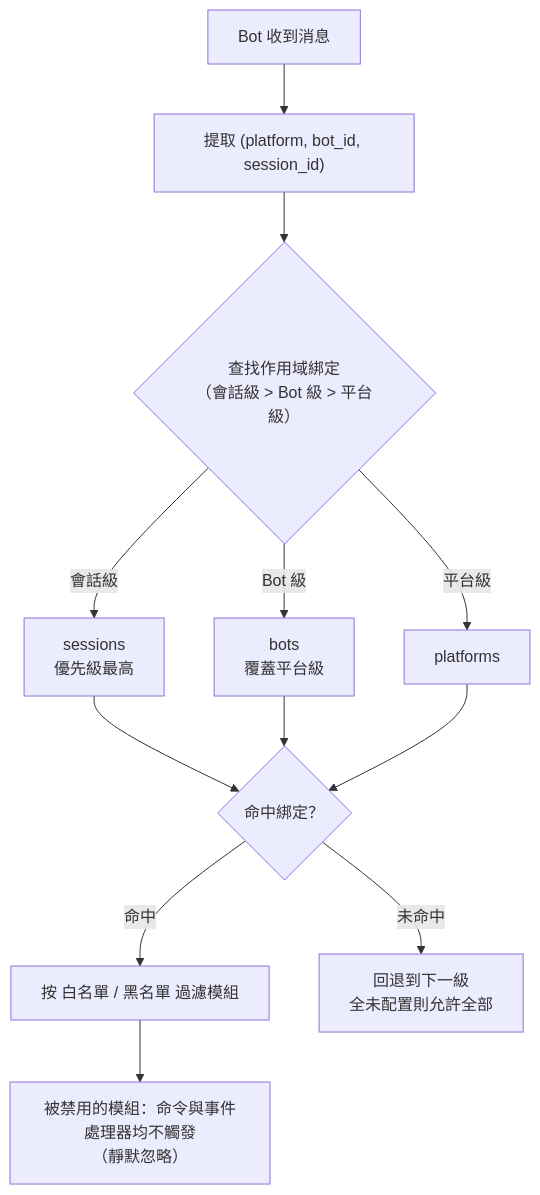
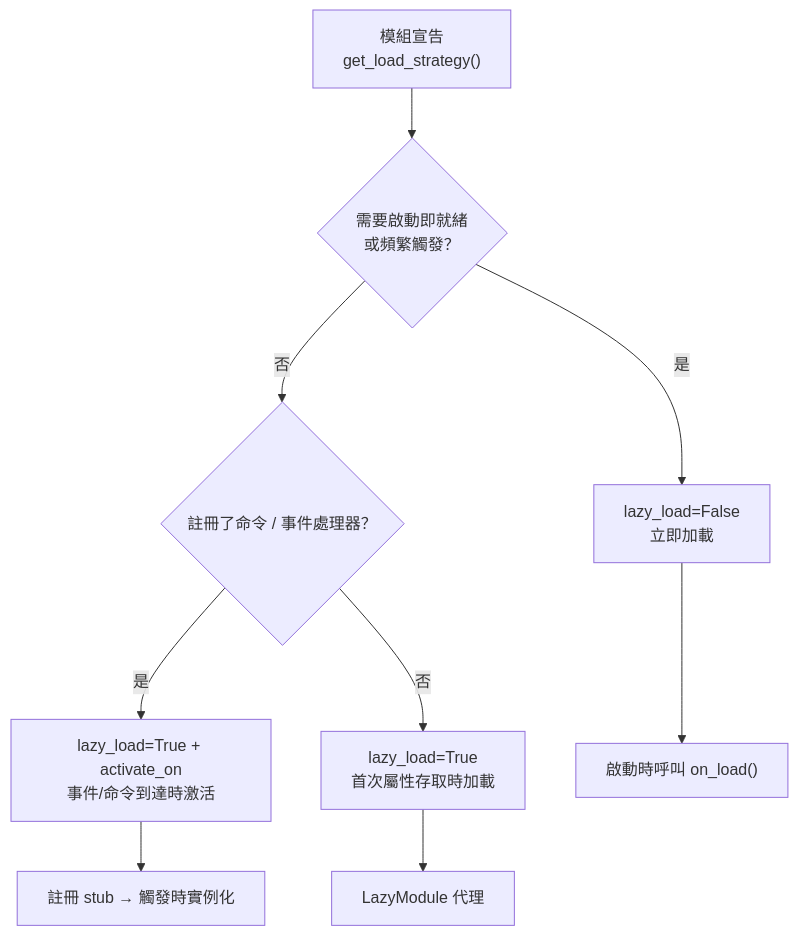
One commit to ErisPulse/ErisPulse changed diagram 14 of 16 in docs/zh-TW/ai-support/prompts/ErisPulse-ModuleDev.md. Above: the diagram before and after it, drawn with Mermaid. The commit also changed other lines of this file and 76 other files, not shown here.

````diff
--- a/docs/zh-TW/ai-support/prompts/ErisPulse-ModuleDev.md
+++ b/docs/zh-TW/ai-support/prompts/ErisPulse-ModuleDev.md
@@ -8801,12 +8092,11 @@
 ```mermaid
 flowchart TD
-    A["Bot 收到消息"] --> B["提取 (platform, bot_id, session_id)"]
-    B --> C{"查找作用域綁定<br/>（會話級 > Bot 級 > 平台級）"}
-    C -->|"會話級"| D["sessions<br/>優先級最高"]
-    C -->|"Bot 級"| E["bots<br/>覆蓋平台級"]
-    C -->|"平台級"| F["platforms"]
-    D & E & F --> G{"命中綁定？"}
-    G -->|"命中"| H["按 白名單 / 黑名單 過濾模組"]
-    G -->|"未命中"| I["回退到下一級<br/>全未配置則允許全部"]
-    H --> J["被禁用的模組：命令與事件處理器均不觸發<br/>（靜默忽略）"]
+    A["模組宣告<br/>get_load_strategy()"] --> B{"需要啟動即就緒<br/>或頻繁觸發？"}
+    B -->|"是"| C["lazy_load=False<br/>立即加載"]
+    B -->|"否"| D{"註冊了命令 / 事件處理器？"}
+    D -->|"是"| E["lazy_load=True + activate_on<br/>事件/命令到達時激活"]
+    D -->|"否"| F["lazy_load=True<br/>首次屬性存取時加載"]
+    C --> G["啟動時呼叫 on_load()"]
+    E --> H["註冊 stub → 觸發時實例化"]
+    F --> I["LazyModule 代理"]
 ```
````
